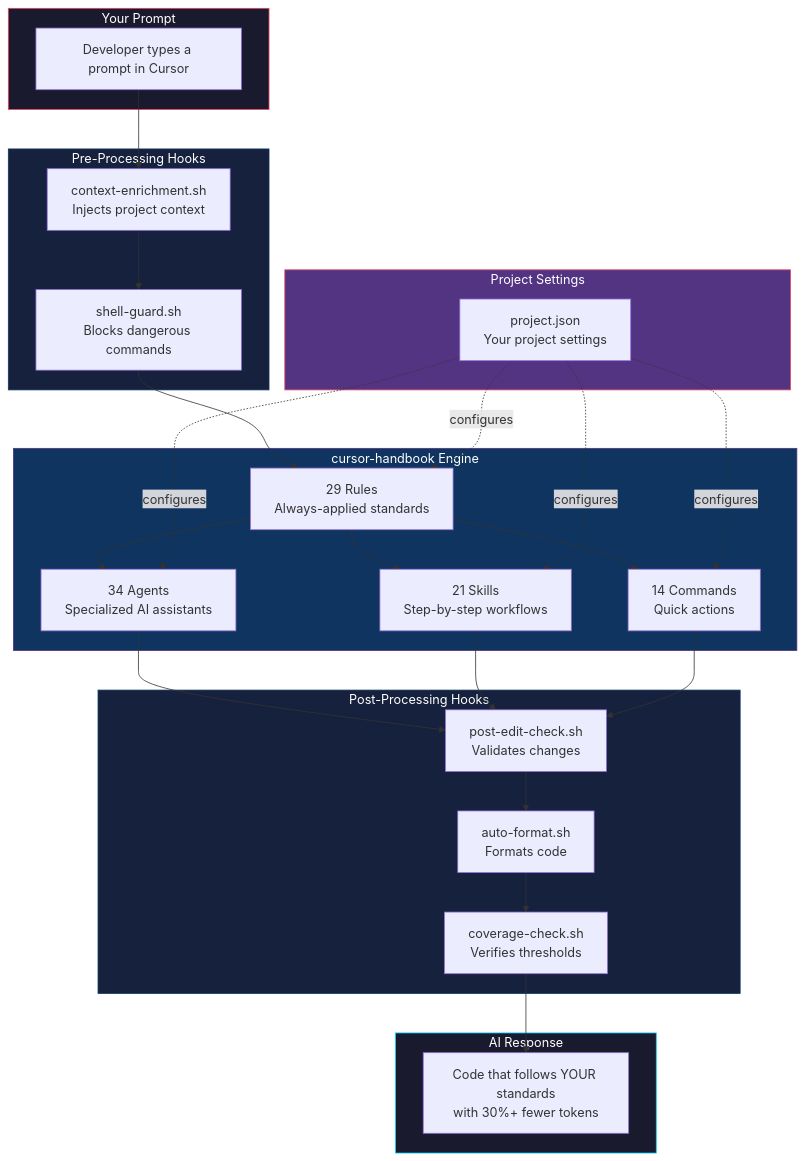
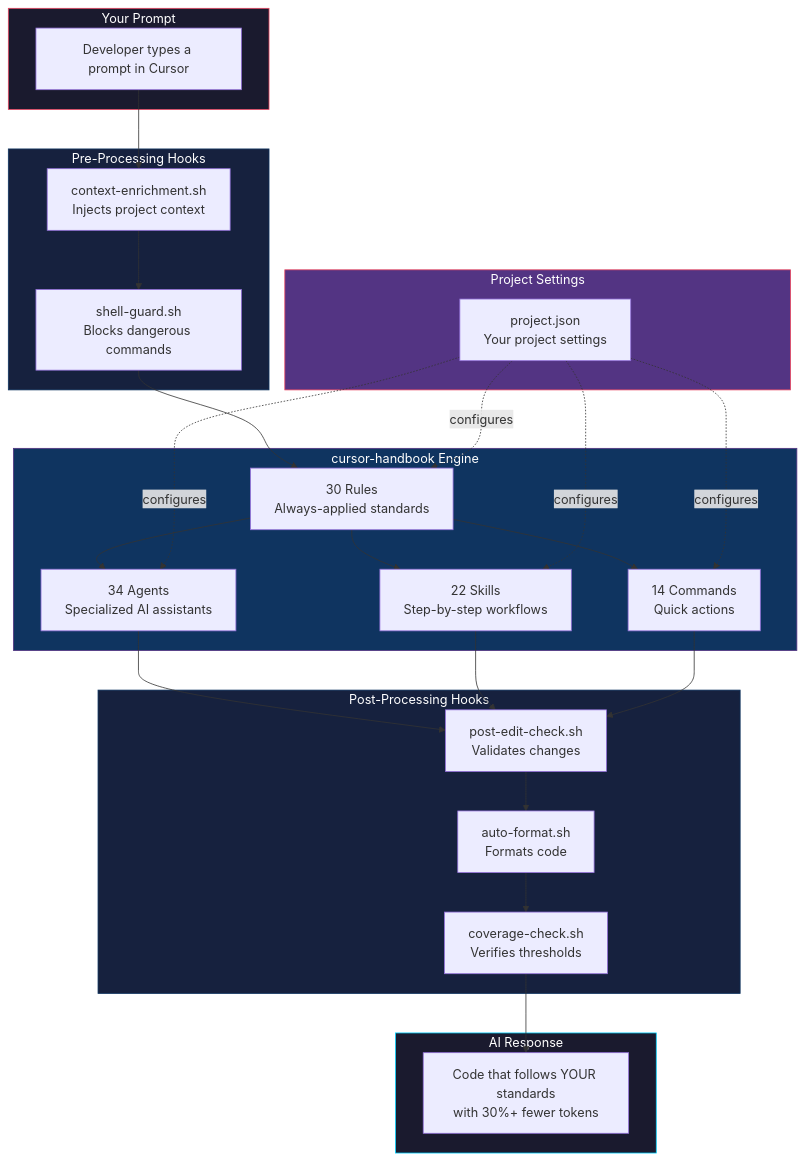
The first of 11 diagrams in README.md (girijashankarj/cursor-handbook), drawn with Mermaid before and after one commit. The commit also changed other lines of this file and 5 other files, not shown here.

````diff
--- a/README.md
+++ b/README.md
@@ -104,44 +104,44 @@
 ```mermaid
 graph TB
     subgraph INPUT ["Your Prompt"]
         A[Developer types a prompt in Cursor]
     end
 
     subgraph HOOKS_PRE ["Pre-Processing Hooks"]
         B[context-enrichment.sh<br/>Injects project context]
         C[shell-guard.sh<br/>Blocks dangerous commands]
     end
 
     subgraph ENGINE ["cursor-handbook Engine"]
-        D[29 Rules<br/>Always-applied standards]
+        D[30 Rules<br/>Always-applied standards]
         E[34 Agents<br/>Specialized AI assistants]
-        F[21 Skills<br/>Step-by-step workflows]
+        F[22 Skills<br/>Step-by-step workflows]
         G[14 Commands<br/>Quick actions]
     end
 
     subgraph CONFIG ["Project Settings"]
         H[project.json<br/>Your project settings]
     end
 
     subgraph HOOKS_POST ["Post-Processing Hooks"]
         I[post-edit-check.sh<br/>Validates changes]
         J[auto-format.sh<br/>Formats code]
         K[coverage-check.sh<br/>Verifies thresholds]
     end
 
     subgraph OUTPUT ["AI Response"]
         L[Code that follows YOUR standards<br/>with 30%+ fewer tokens]
     end
 
     A --> B --> C --> D
     D --> E & F & G
     H -.->|configures| D & E & F & G
     E & F & G --> I --> J --> K --> L
 
     style INPUT fill:#1a1a2e,stroke:#e94560,color:#fff
     style HOOKS_PRE fill:#16213e,stroke:#0f3460,color:#fff
     style ENGINE fill:#0f3460,stroke:#533483,color:#fff
     style CONFIG fill:#533483,stroke:#e94560,color:#fff
     style HOOKS_POST fill:#16213e,stroke:#0f3460,color:#fff
     style OUTPUT fill:#1a1a2e,stroke:#00d2ff,color:#fff
 ```
````
